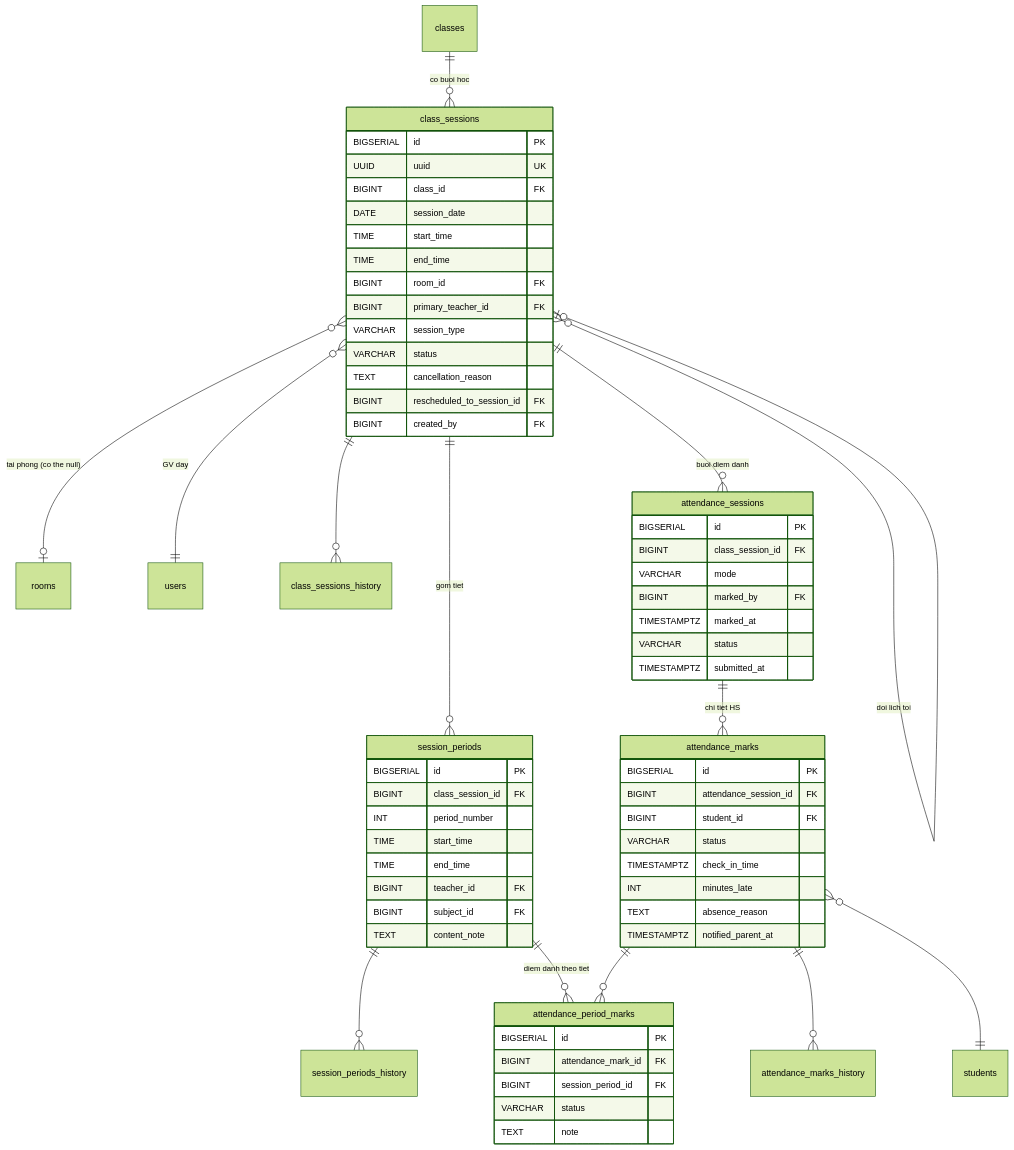
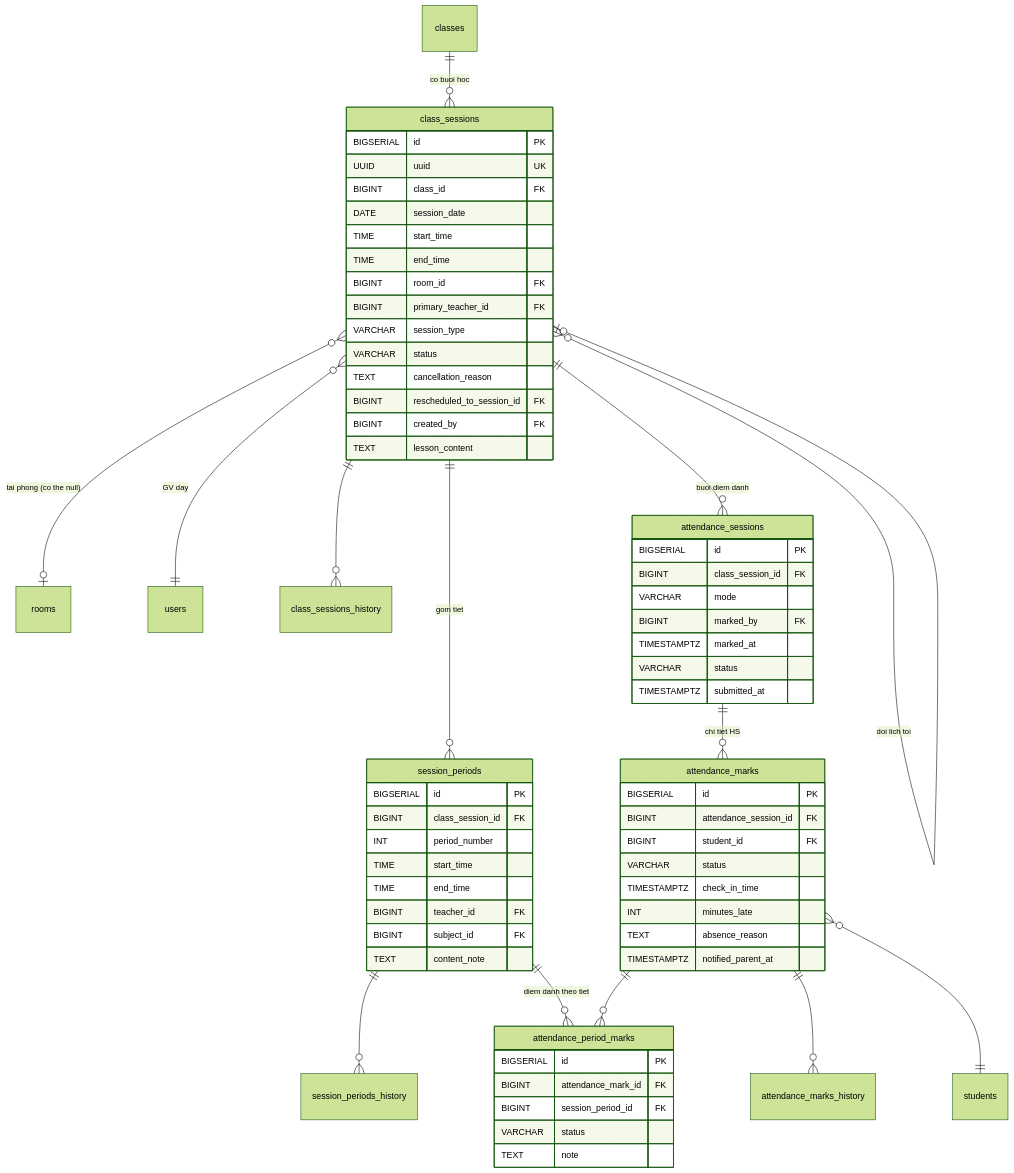
One commit to langtuananh2424/pps-education changed the second of 3 diagrams in docs/sdd-groups/06-hoc-thuat.md. Above: the diagram before and after it, drawn with Mermaid (forest theme). The commit also changed other lines of this file and 30 other files, not shown here.

````diff
--- a/docs/sdd-groups/06-hoc-thuat.md
+++ b/docs/sdd-groups/06-hoc-thuat.md
@@ -388,75 +388,76 @@
 ```mermaid
 erDiagram
     classes ||--o{ class_sessions : "co buoi hoc"
     class_sessions ||--o{ session_periods : "gom tiet"
     class_sessions }o--o| rooms : "tai phong (co the null)"
     class_sessions }o--|| users : "GV day"
     class_sessions }o--o| class_sessions : "doi lich toi"
     class_sessions ||--o{ class_sessions_history : ""
 
     session_periods ||--o{ session_periods_history : ""
 
     class_sessions ||--o{ attendance_sessions : "buoi diem danh"
     attendance_sessions ||--o{ attendance_marks : "chi tiet HS"
     attendance_marks ||--o{ attendance_marks_history : ""
     attendance_marks }o--|| students : ""
 
     session_periods ||--o{ attendance_period_marks : "diem danh theo tiet"
     attendance_marks ||--o{ attendance_period_marks : ""
 
     class_sessions {
         BIGSERIAL id PK
         UUID uuid UK
         BIGINT class_id FK
         DATE session_date
         TIME start_time
         TIME end_time
         BIGINT room_id FK
         BIGINT primary_teacher_id FK
         VARCHAR session_type
         VARCHAR status
         TEXT cancellation_reason
         BIGINT rescheduled_to_session_id FK
         BIGINT created_by FK
+        TEXT lesson_content
     }
 
     session_periods {
         BIGSERIAL id PK
         BIGINT class_session_id FK
         INT period_number
         TIME start_time
         TIME end_time
         BIGINT teacher_id FK
         BIGINT subject_id FK
         TEXT content_note
     }
 
     attendance_sessions {
         BIGSERIAL id PK
         BIGINT class_session_id FK
         VARCHAR mode
         BIGINT marked_by FK
         TIMESTAMPTZ marked_at
         VARCHAR status
         TIMESTAMPTZ submitted_at
     }
 
     attendance_marks {
         BIGSERIAL id PK
         BIGINT attendance_session_id FK
         BIGINT student_id FK
         VARCHAR status
         TIMESTAMPTZ check_in_time
         INT minutes_late
         TEXT absence_reason
         TIMESTAMPTZ notified_parent_at
     }
 
     attendance_period_marks {
         BIGSERIAL id PK
         BIGINT attendance_mark_id FK
         BIGINT session_period_id FK
         VARCHAR status
         TEXT note
     }
 ```
````
